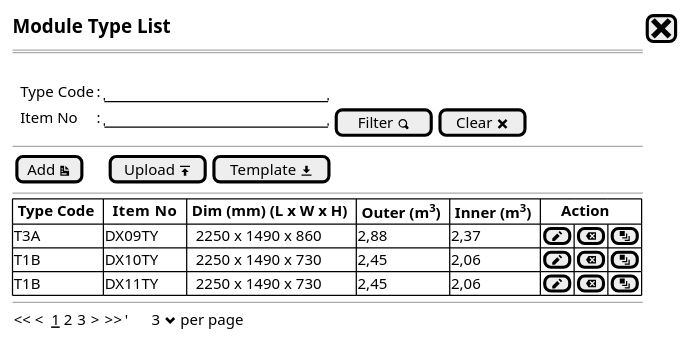
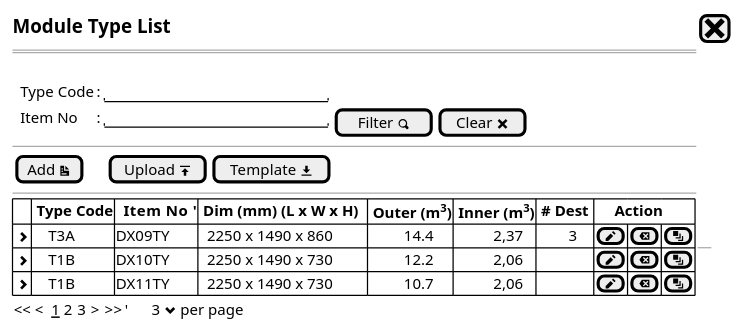
Before and after one commit to ari-fikri/packing-cost-mockup: the diagram in Module Type/module type - list step0a.puml, drawn with PlantUML. The commit also changed 3 other files, not shown here.

```diff
--- a/Module Type/module type - list step0a.puml
+++ b/Module Type/module type - list step0a.puml
@@ -1,27 +1,27 @@
 @startsalt
 {
   <size:15><b>Module Type List|[<size:25><&x>]|*
   ==
   .
   {
       .|Type Code    |: |"                      "|*
       .|Item No      |: |"                      "| [Filter <&magnifying-glass>]| [Clear <&x>]| *      
 
   }
   --
   {
   [Add <&document>]|.|.|.|[Upload <&data-transfer-upload>]| [Template <&data-transfer-download>]|*
   }
   --
   {#
-    |<b> Type Code  |<b>  Item No   |<b> Dim (mm) (L x W x H)  |<b> Outer (m<sup>3</sup>)  |<b> Inner (m<sup>3</sup>)  |<b>     Action |*|*|*
-    | T3A           | DX09TY        |  2250 x 1490 x 860       | 2,88                   | 2,37                    | [<&pencil>]|[<&delete>]|[<&layers>]|*
-    | T1B           | DX10TY        |  2250 x 1490 x 730       | 2,45                   | 2,06                    | [<&pencil>]|[<&delete>]|[<&layers>]|*
-    | T1B           | DX11TY        |  2250 x 1490 x 730       | 2,45                   | 2,06                   | [<&pencil>]|[<&delete>]|[<&layers>]|*
-  }
+  |                . |<b> Type Code  |<b>  Item No  '|<b> Dim (mm) (L x W x H)  |<b> Outer (m<sup>3</sup>) |<b> Inner (m<sup>3</sup>)    | <b># Dest |<b>     Action |*|*|*
+  | <&chevron-right> |    T3A        | DX09TY        |  2250 x 1490 x 860       |          14.4            |           2,37              |        3  |[<&pencil>]|[<&delete>]|[<&layers>]|*
+  | <&chevron-right> |    T1B        | DX10TY        |  2250 x 1490 x 730       |          12.2            |           2,06              |         . |[<&pencil>]|[<&delete>]|[<&layers>]|*
+  | <&chevron-right> |    T1B        | DX11TY        |  2250 x 1490 x 730       |          10.7            |           2,06              |         . |[<&pencil>]|[<&delete>]|[<&layers>]|*
+  }             |
   --
   {
   << <  __1__ 2 3  > >>  |'      3 <&chevron-bottom> per page |*
   }
 }
 @endsalt
```
